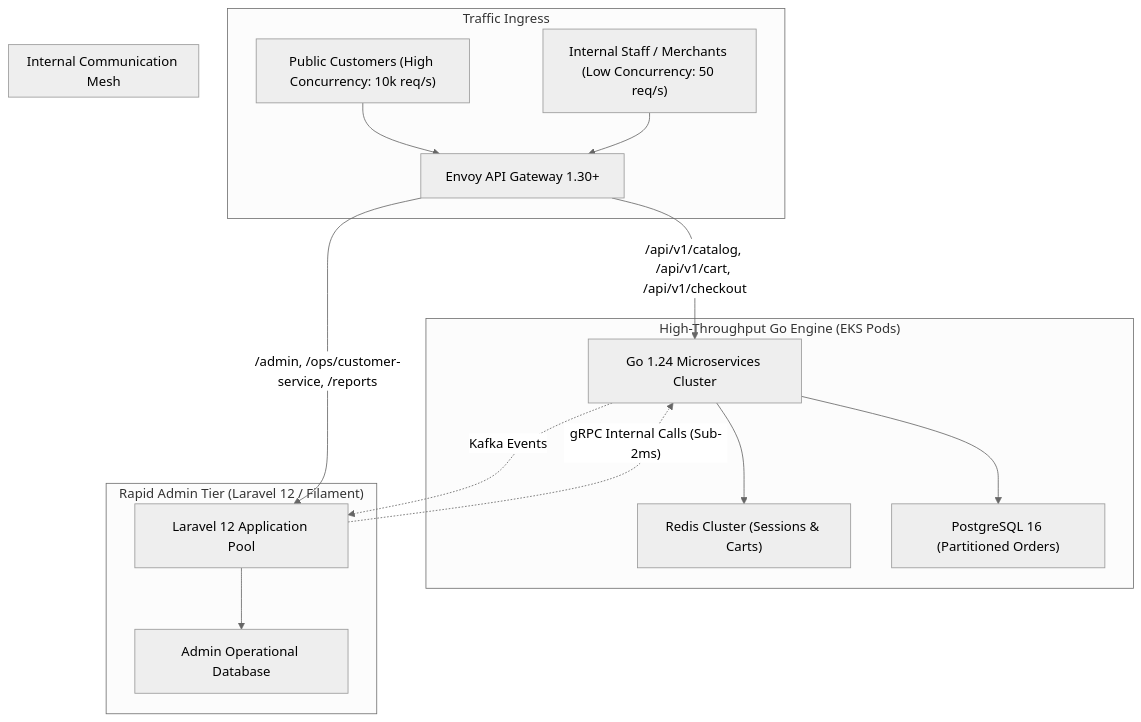
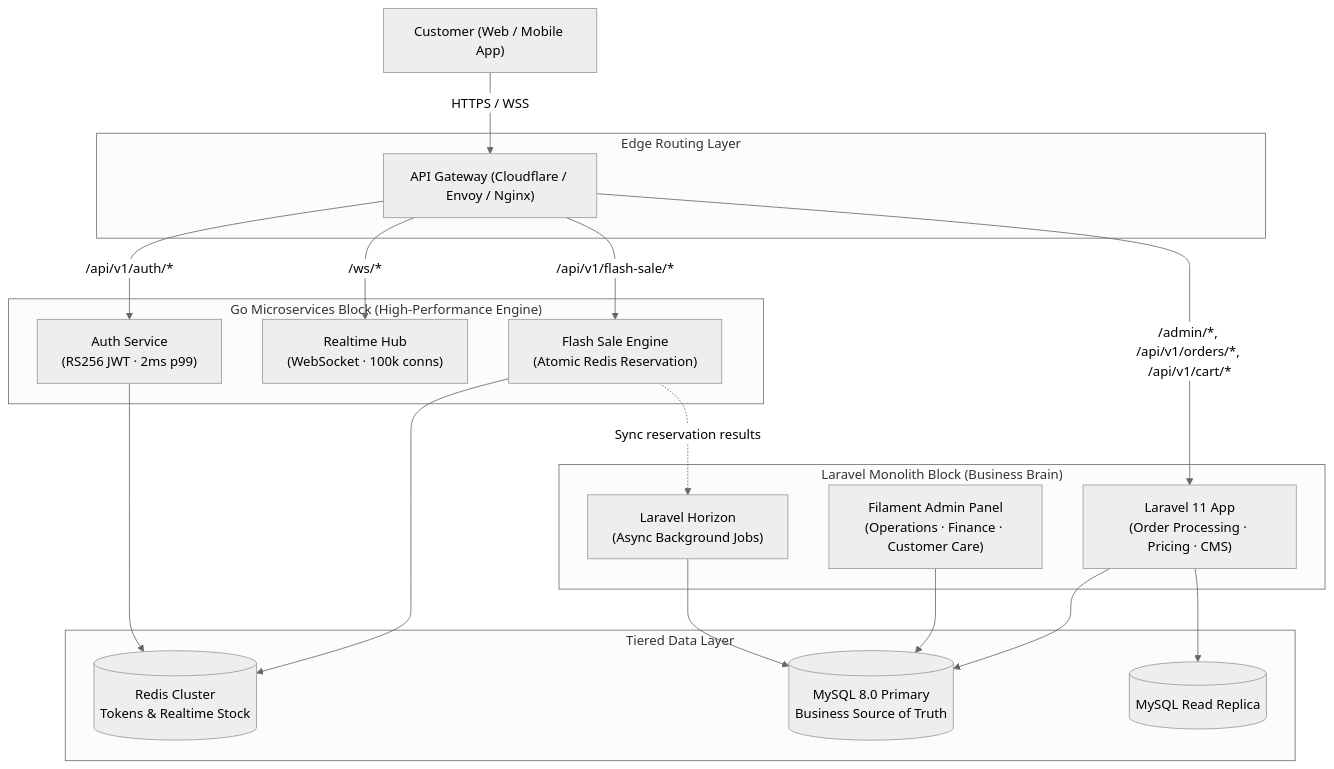
One commit to vesviet/vesviet changed the second of 2 diagrams in content/series/magento-migration-vietnam/laravel-vs-golang-when-to-add-features.md. Above: the diagram before and after it, drawn with Mermaid (neutral theme). The commit also changed other lines of this file and 32 other files, not shown here.

````diff
--- a/content/series/magento-migration-vietnam/laravel-vs-golang-when-to-add-features.md
+++ b/content/series/magento-migration-vietnam/laravel-vs-golang-when-to-add-features.md
@@ -42,27 +159,43 @@
 ```mermaid
-flowchart TD
-    subgraph Client_Access ["Traffic Ingress"]
-        CustomerTraffic["Public Customers (High Concurrency: 10k req/s)"]
-        AdminTraffic["Internal Staff / Merchants (Low Concurrency: 50 req/s)"]
-        Gateway["Envoy API Gateway 1.30+"]
+flowchart TB
+    CLIENT["Customer (Web / Mobile App)"]
+
+    subgraph "Edge Routing Layer"
+        GW["API Gateway (Cloudflare / Envoy / Nginx)"]
     end
 
-    CustomerTraffic --> Gateway
-    AdminTraffic --> Gateway
-
-    subgraph Go_Core_Engine ["High-Throughput Go Engine (EKS Pods)"]
-        Gateway -->|"/api/v1/catalog, /api/v1/cart, /api/v1/checkout"| GoEngine["Go 1.24 Microservices Cluster"]
-        GoEngine --> RedisCluster["Redis Cluster (Sessions & Carts)"]
-        GoEngine --> PostgreSQL["PostgreSQL 16 (Partitioned Orders)"]
+    subgraph "Go Microservices Block (High-Performance Engine)"
+        AUTH_GO["Auth Service\n(RS256 JWT · 2ms p99)"]
+        WS_GO["Realtime Hub\n(WebSocket · 100k conns)"]
+        STOCK_GO["Flash Sale Engine\n(Atomic Redis Reservation)"]
     end
 
-    subgraph Laravel_Backoffice ["Rapid Admin Tier (Laravel 12 / Filament)"]
-        Gateway -->|"/admin, /ops/customer-service, /reports"| LaravelAdmin["Laravel 12 Application Pool"]
-        LaravelAdmin --> AdminMySQL["Admin Operational Database"]
+    subgraph "Laravel Monolith Block (Business Brain)"
+        L_CORE["Laravel 11 App\n(Order Processing · Pricing · CMS)"]
+        L_ADMIN["Filament Admin Panel\n(Operations · Finance · Customer Care)"]
+        L_QUEUE["Laravel Horizon\n(Async Background Jobs)"]
     end
 
-    subgraph Cross_Service_Mesh ["Internal Communication Mesh"]
-        LaravelAdmin -.->|"gRPC Internal Calls (Sub-2ms)"| GoEngine
-        GoEngine -.->|"Kafka Events"| LaravelAdmin
+    subgraph "Tiered Data Layer"
+        REDIS_CACHE[("Redis Cluster\nTokens & Realtime Stock")]
+        MYSQL_MASTER[("MySQL 8.0 Primary\nBusiness Source of Truth")]
+        MYSQL_SLAVE[("MySQL Read Replica")]
     end
+
+    CLIENT -->|HTTPS / WSS| GW
+
+    %% Path-based routing rules
+    GW -->|"/api/v1/auth/*"| AUTH_GO
+    GW -->|"/ws/*"| WS_GO
+    GW -->|"/api/v1/flash-sale/*"| STOCK_GO
+    GW -->|"/admin/*, /api/v1/orders/*, /api/v1/cart/*"| L_CORE
+
+    AUTH_GO --> REDIS_CACHE
+    STOCK_GO --> REDIS_CACHE
+    STOCK_GO -.->|"Sync reservation results"| L_QUEUE
+
+    L_CORE --> MYSQL_MASTER
+    L_ADMIN --> MYSQL_MASTER
+    L_CORE --> MYSQL_SLAVE
+    L_QUEUE --> MYSQL_MASTER
 ```
````
